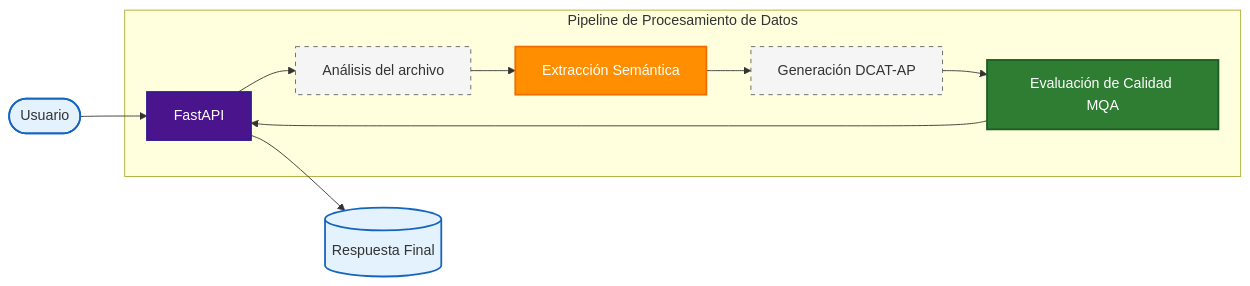
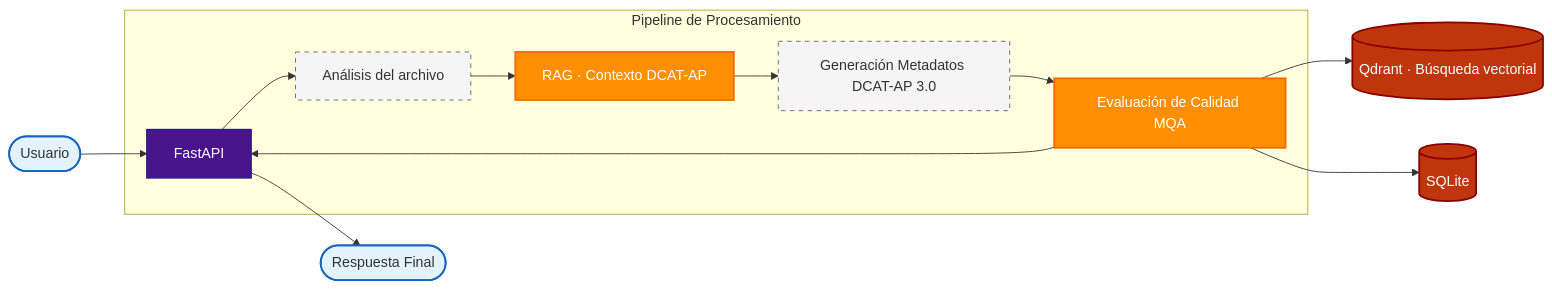
One commit to aitanacuadra/TFG changed the diagram in README.md. Above: the diagram before and after it, drawn with Mermaid. The commit also changed other lines of this file, not shown here.

````diff
--- a/README.md
+++ b/README.md
@@ -13,29 +10,29 @@
 ```mermaid
 graph LR
-    %% Definición de estilos
     classDef input fill:#E3F2FD,stroke:#1565C0,stroke-width:2px;
     classDef api fill:#4A148C,color:#fff,stroke:#311B92,stroke-width:2px;
     classDef ai fill:#FF8F00,color:#fff,stroke:#EF6C00,stroke-width:2px;
     classDef audit fill:#2E7D32,color:#fff,stroke:#1B5E20,stroke-width:2px;
+    classDef store fill:#BF360C,color:#fff,stroke:#870000,stroke-width:2px;
     classDef process fill:#F5F5F5,stroke:#616161,stroke-dasharray: 5 5;
 
-    %% Flujo
     User([Usuario]) --> API[FastAPI]
-    
-    subgraph Pipeline ["Pipeline de Procesamiento de Datos"]
+
+    subgraph Pipeline ["Pipeline de Procesamiento"]
         API --> Profiling[Análisis del archivo]
-        Profiling --> RAG[Extracción Semántica]
-        RAG --> DCAT[Generación DCAT-AP]
+        Profiling --> RAG[RAG · Contexto DCAT-AP]
+        RAG --> DCAT[Generación Metadatos DCAT-AP 3.0]
         DCAT --> Judge[Evaluación de Calidad MQA]
     end
-    
+
+    Judge --> Qdrant[(Qdrant · Búsqueda vectorial)]
+    Judge --> SQL[(SQLite)]
     Judge --> API
-    API --> Output[(Respuesta Final)]
+    API --> Output([Respuesta Final])
 
-    %% Aplicación de estilos
     class User,Output input;
     class API api;
-    class RAG ai;
-    class Judge audit;
+    class RAG,Judge ai;
+    class Qdrant,SQL store;
     class Profiling,DCAT process;
 ```
````
